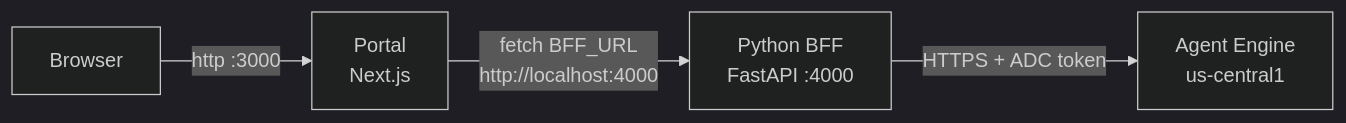
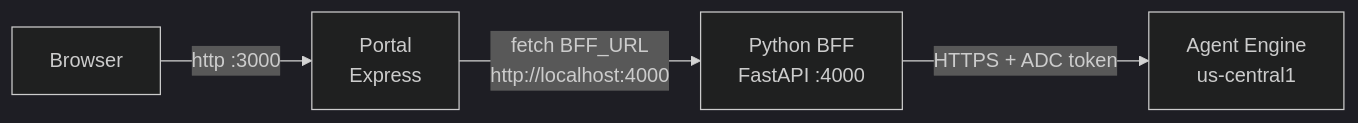
Before and after one commit to akashh94/akapal-geap-chat-portal: the first of 2 diagrams in docs/04-contracts.md, drawn with Mermaid (dark theme). The commit also changed 7 other files, not shown here.

First line of the commit message:
Update docs for the Express portal

````diff
--- a/docs/04-contracts.md
+++ b/docs/04-contracts.md
@@ -83,6 +83,6 @@
 ```mermaid
 flowchart LR
-  B["Browser"] -- "http :3000" --> N["Portal<br/>Next.js"]
+  B["Browser"] -- "http :3000" --> N["Portal<br/>Express"]
   N -- "fetch BFF_URL<br/>http://localhost:4000" --> E["Python BFF<br/>FastAPI :4000"]
   E -- "HTTPS + ADC token" --> G["Agent Engine<br/>us-central1"]
 ```
````
